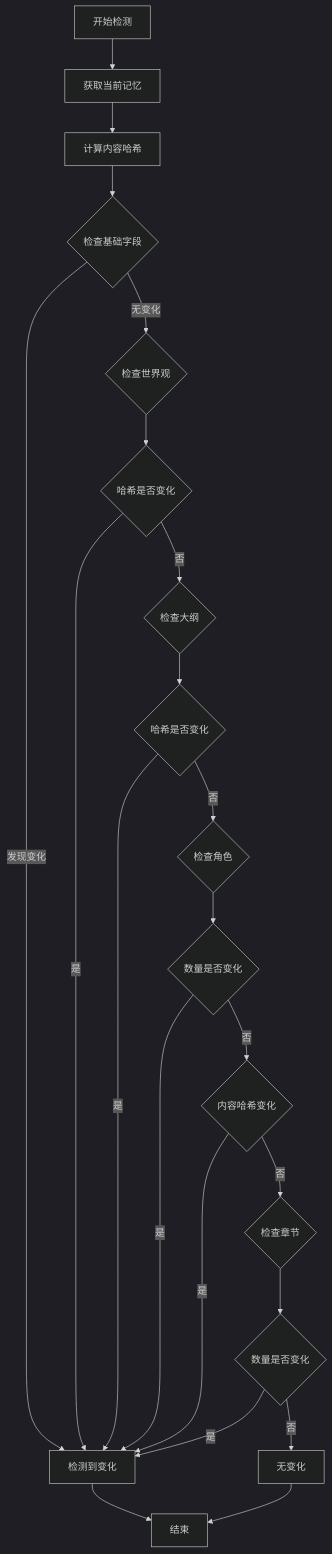
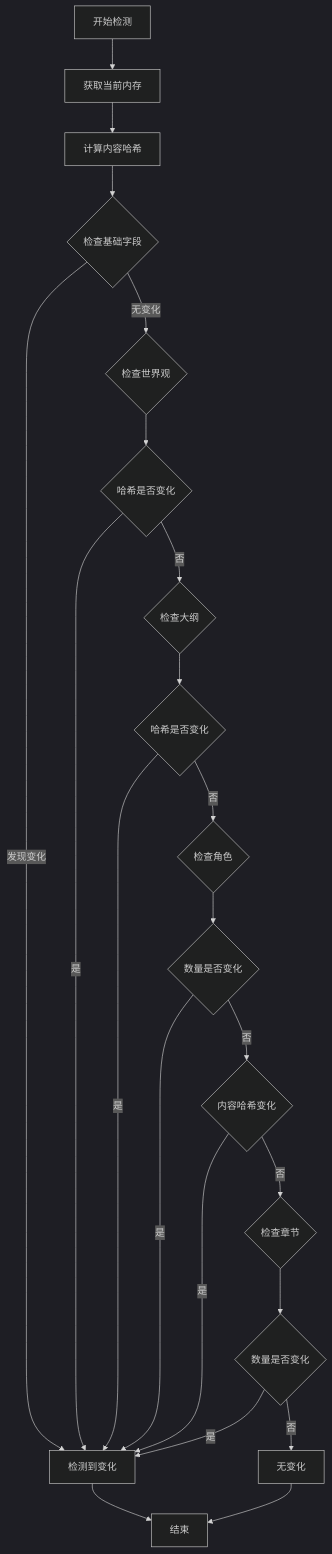
The fifth of 7 diagrams in .qoder/repowiki/zh/content/Memory Service.md (xfbyxq/ai-novel-system), drawn with Mermaid (dark theme) before and after one commit. The commit also changed other lines of this file and 4 other files, not shown here.

````diff
--- a/.qoder/repowiki/zh/content/Memory Service.md
+++ b/.qoder/repowiki/zh/content/Memory Service.md
@@ -203,24 +212,24 @@
 ```mermaid
 flowchart TD
-START[开始检测] --> GET_CURRENT[获取当前记忆]
+START[开始检测] --> GET_CURRENT[获取当前内存]
 GET_CURRENT --> COMPUTE_HASH[计算内容哈希]
 COMPUTE_HASH --> CHECK_BASIC{检查基础字段}
 CHECK_BASIC --> |发现变化| DETECTED[检测到变化]
 CHECK_BASIC --> |无变化| CHECK_WORLD{检查世界观}
 CHECK_WORLD --> HASH_CHANGED{哈希是否变化}
 HASH_CHANGED --> |是| DETECTED
 HASH_CHANGED --> |否| CHECK_OUTLINE{检查大纲}
 CHECK_OUTLINE --> HASH_CHANGED2{哈希是否变化}
 HASH_CHANGED2 --> |是| DETECTED
 HASH_CHANGED2 --> |否| CHECK_CHARS{检查角色}
 CHECK_CHARS --> COUNT_CHANGED{数量是否变化}
 COUNT_CHANGED --> |是| DETECTED
 COUNT_CHANGED --> |否| HASH_CHANGED3{内容哈希变化}
 HASH_CHANGED3 --> |是| DETECTED
 HASH_CHANGED3 --> |否| CHECK_CHAPTERS{检查章节}
 CHECK_CHAPTERS --> COUNT_CHANGED2{数量是否变化}
 COUNT_CHANGED2 --> |是| DETECTED
 COUNT_CHANGED2 --> |否| NO_CHANGE[无变化]
 DETECTED --> END[结束]
 NO_CHANGE --> END
 ```
````
